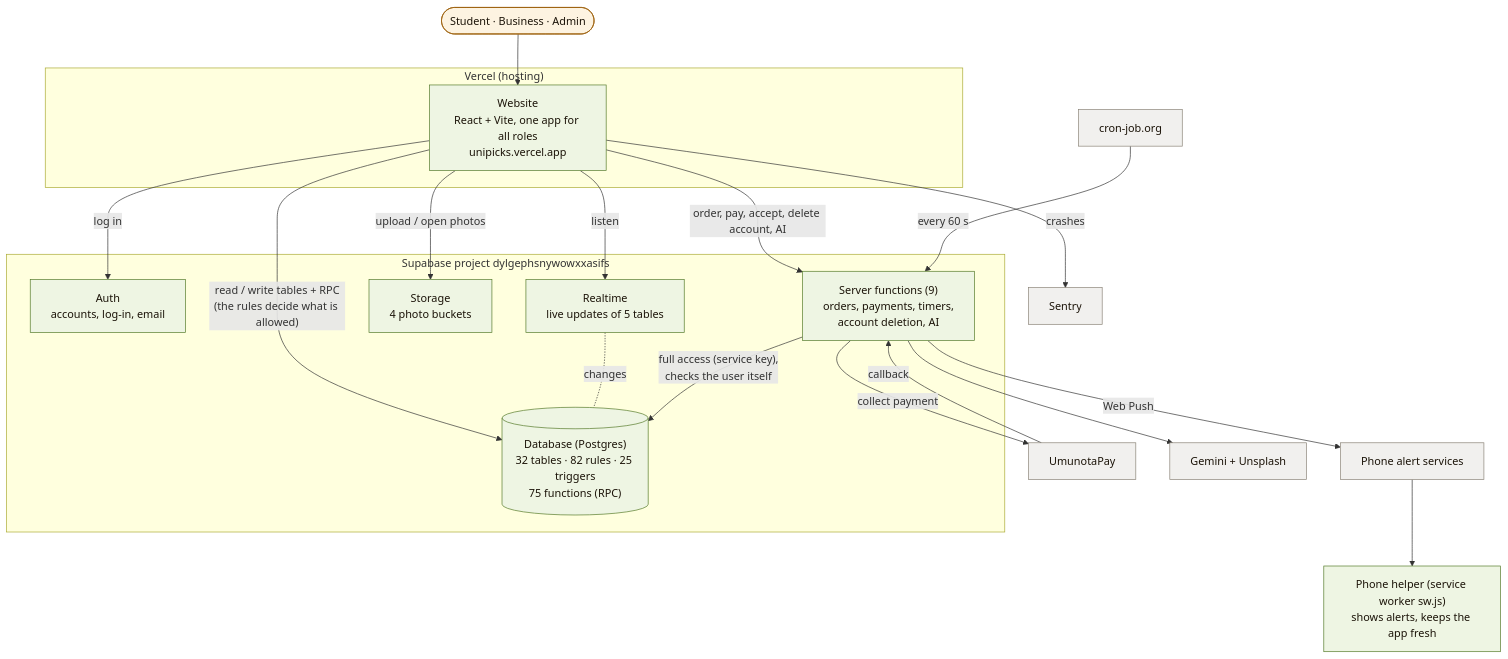
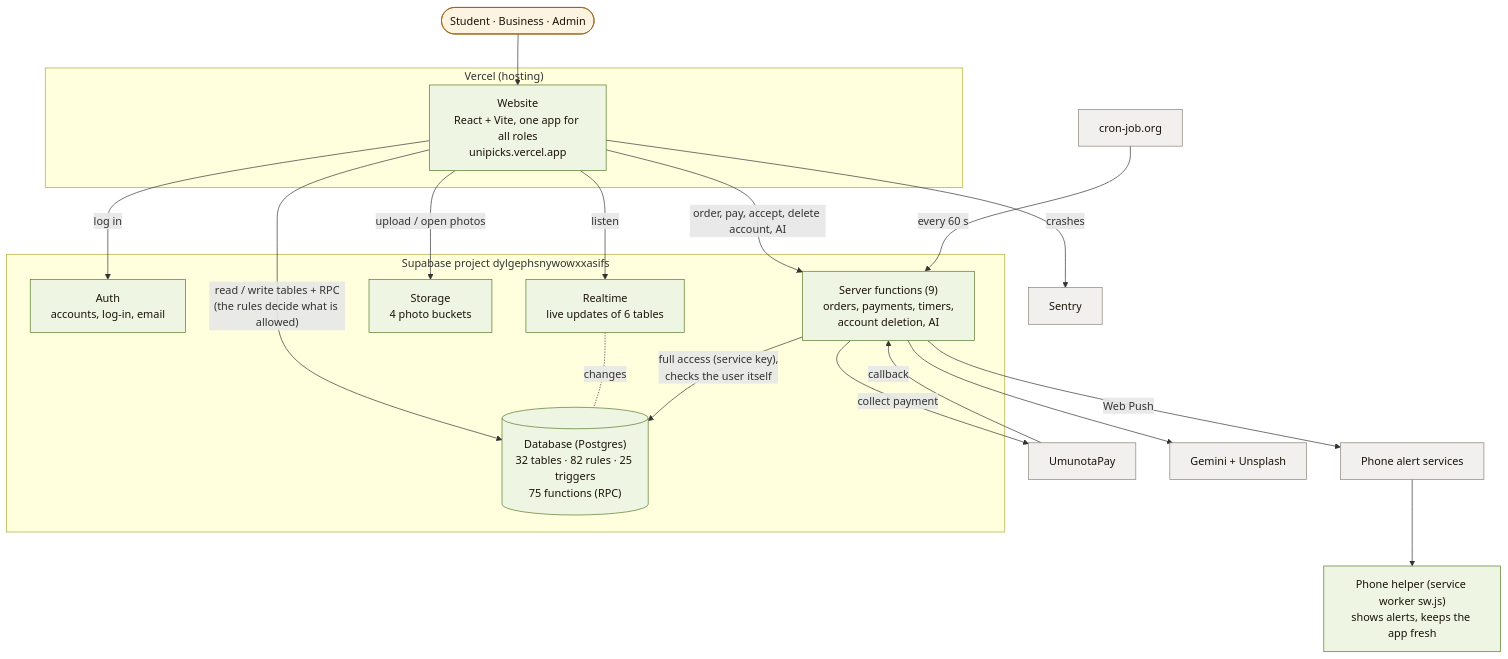
The first of 2 diagrams in docs/architecture/02-building-blocks.md (tangaza360-max/unipicks), drawn with Mermaid before and after one commit. The commit also changed other lines of this file and 4 other files, not shown here.

````diff
--- a/docs/architecture/02-building-blocks.md
+++ b/docs/architecture/02-building-blocks.md
@@ -9,43 +9,43 @@
 ```mermaid
 flowchart TB
   classDef people fill:#fdf3e1,stroke:#9b5e08,color:#1b1308
   classDef ours fill:#eef5e3,stroke:#547a29,color:#1b1308
   classDef outside fill:#f1f0ee,stroke:#8a8377,color:#1b1308
 
   P([Student · Business · Admin]):::people
 
   subgraph VERCEL["Vercel (hosting)"]
     WEB["Website<br/>React + Vite, one app for all roles<br/>unipicks.vercel.app"]:::ours
   end
   SW["Phone helper (service worker sw.js)<br/>shows alerts, keeps the app fresh"]:::ours
 
   subgraph SUPA["Supabase project dylgephsnywowxxasifs"]
     AUTH["Auth<br/>accounts, log-in, email"]:::ours
     DB[("Database (Postgres)<br/>32 tables · 82 rules · 25 triggers<br/>75 functions (RPC)")]:::ours
-    RT["Realtime<br/>live updates of 5 tables"]:::ours
+    RT["Realtime<br/>live updates of 6 tables"]:::ours
     ST["Storage<br/>4 photo buckets"]:::ours
     EF["Server functions (9)<br/>orders, payments, timers,<br/>account deletion, AI"]:::ours
   end
 
   UP[UmunotaPay]:::outside
   PUSH[Phone alert services]:::outside
   CRON[cron-job.org]:::outside
   AI[Gemini + Unsplash]:::outside
   SEN[Sentry]:::outside
 
   P --> WEB
   WEB -- "log in" --> AUTH
   WEB -- "read / write tables + RPC<br/>(the rules decide what is allowed)" --> DB
   WEB -- "listen" --> RT
   RT -. "changes" .- DB
   WEB -- "upload / open photos" --> ST
   WEB -- "order, pay, accept, delete account, AI" --> EF
   EF -- "full access (service key),<br/>checks the user itself" --> DB
   EF -- "collect payment" --> UP
   UP -- "callback" --> EF
   EF -- "Web Push" --> PUSH
   PUSH --> SW
   CRON -- "every 60 s" --> EF
   EF --> AI
   WEB -- "crashes" --> SEN
 ```
````
